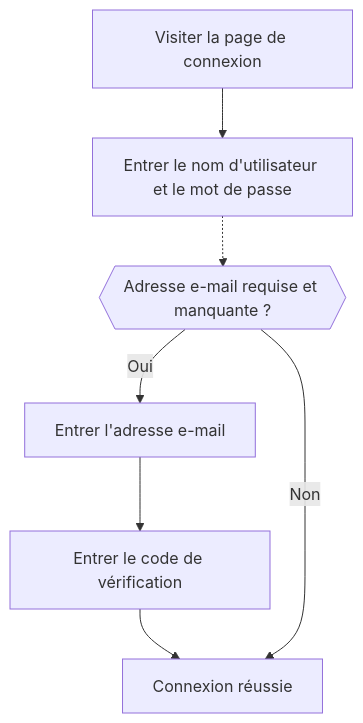
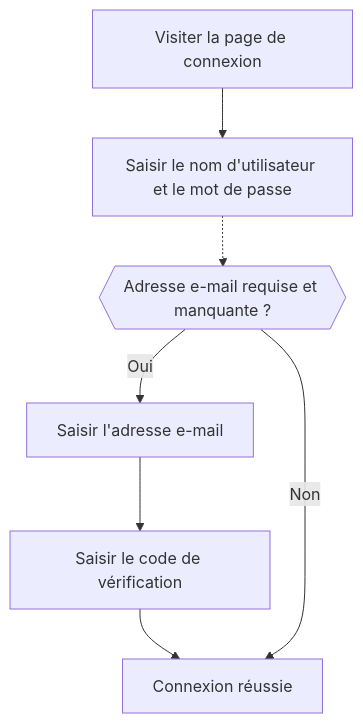
The diagram in i18n/fr/docusaurus-plugin-content-docs/current/end-user-flows/sign-up-and-sign-in/sign-in.mdx (logto-io/docs), drawn with Mermaid before and after one commit. The commit also changed other lines of this file and 200 other files, not shown here.

````diff
--- a/i18n/fr/docusaurus-plugin-content-docs/current/end-user-flows/sign-up-and-sign-in/sign-in.mdx
+++ b/i18n/fr/docusaurus-plugin-content-docs/current/end-user-flows/sign-up-and-sign-in/sign-in.mdx
@@ -93,9 +94,9 @@
 ```mermaid
 flowchart TD
-    A[Visiter la page de connexion] --> B[Entrer le nom d'utilisateur et le mot de passe]
+    A[Visiter la page de connexion] --> B[Saisir le nom d'utilisateur et le mot de passe]
     B -.-> C{{Adresse e-mail requise et manquante ?}}
-    C -->|Oui| D[Entrer l'adresse e-mail]
-    D --> E[Entrer le code de vérification]
+    C -->|Oui| D[Saisir l'adresse e-mail]
+    D --> E[Saisir le code de vérification]
     E --> F[Connexion réussie]
     C --> |Non| F
 ```
````
